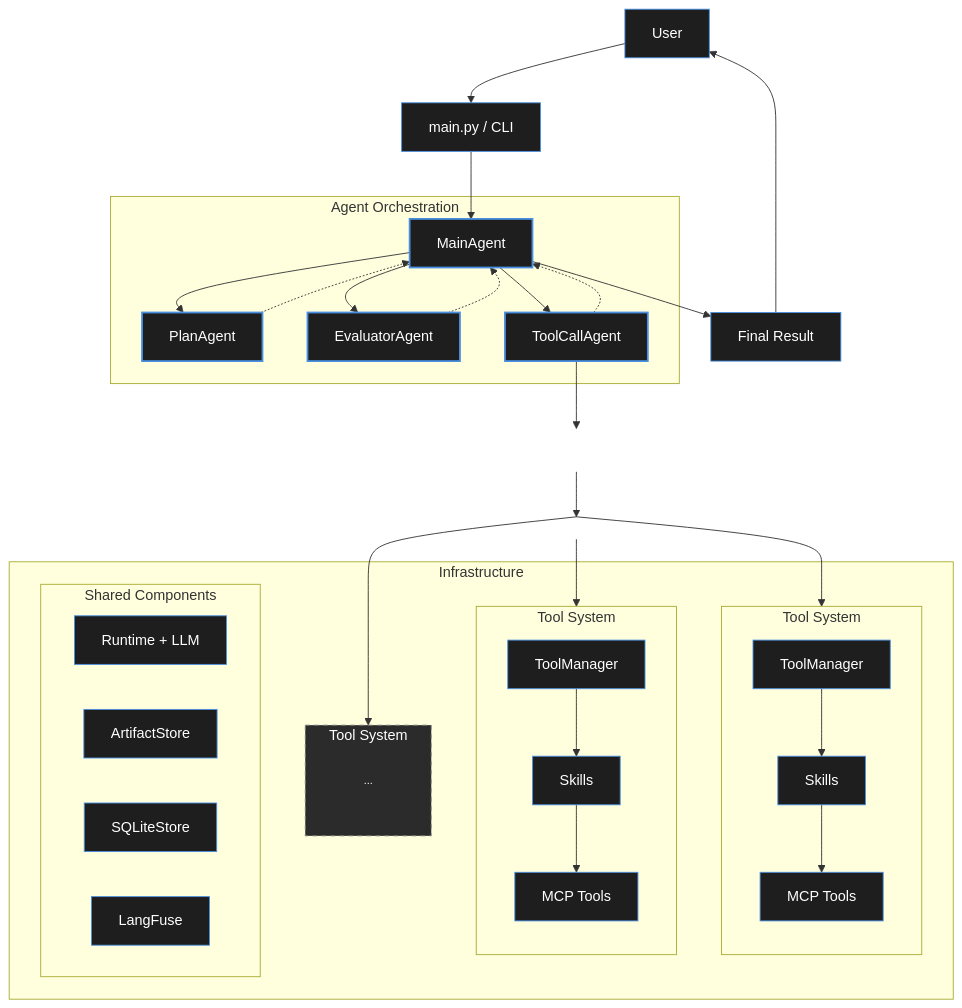
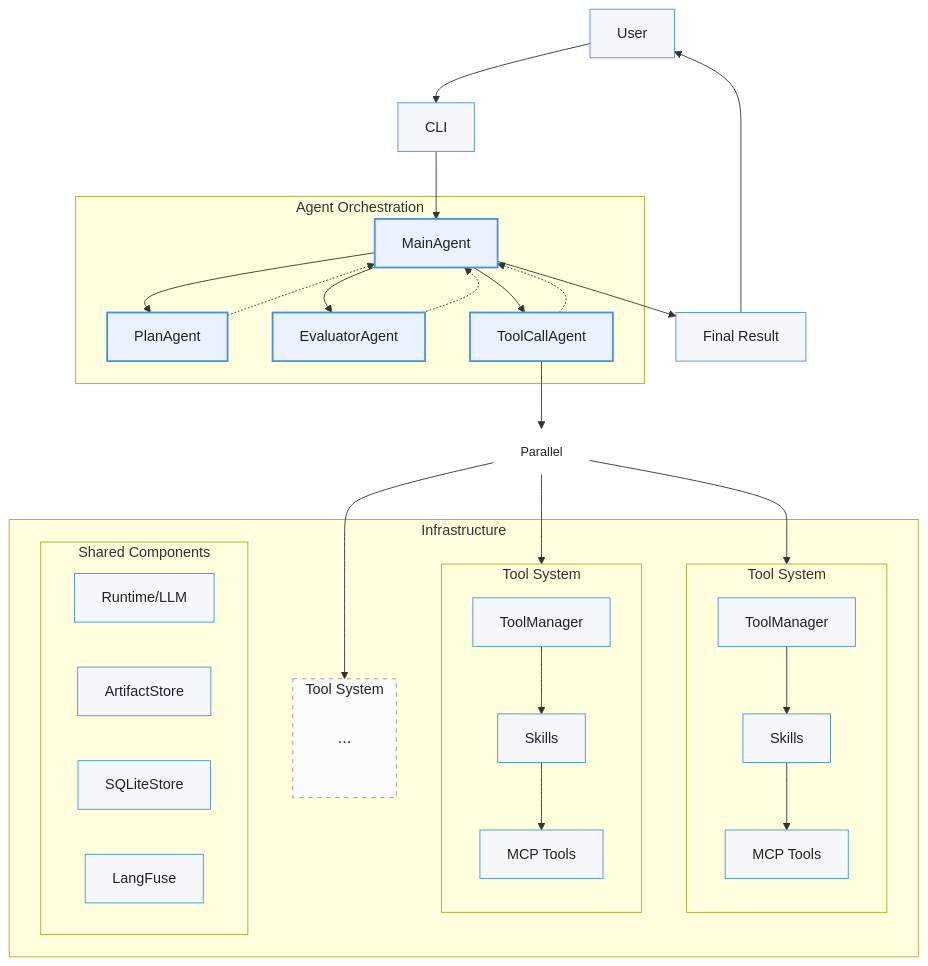
The diagram in README.md (WY-74/Walnut), drawn with Mermaid before and after one commit.

````diff
--- a/README.md
+++ b/README.md
@@ -26,77 +26,79 @@
 ```mermaid
 flowchart TD
-classDef node fill:#1e1e1e,stroke:#4a90e2,stroke-width:1px,color:#fff
-classDef agent fill:#1e1e1e,stroke:#4a90e2,stroke-width:2px,color:#fff
-classDef invisible display:none
-classDef dashedContainer fill:#2b2b2b,stroke:#888,stroke-width:1px,stroke-dasharray:5 5,color:#fff
-classDef plainText fill:none,stroke:none,color:#fff,font-size:12px
+%% 定义样式（浅色背景）
+classDef node fill:#f5f7fa,stroke:#4a90e2,stroke-width:1px,color:#1f2328;
+classDef agent fill:#eaf2fd,stroke:#4a90e2,stroke-width:2px,color:#1f2328;
+classDef dashedContainer fill:#fafafa,stroke:#999,stroke-width:1px,stroke-dasharray: 5 5,color:#1f2328;
+classDef plainText fill:none,stroke:none,color:#1f2328,font-size:14px;
+classDef dots fill:none,stroke:none,color:#1f2328,font-size:18px;
 
+%% 用户层
 User[User]:::node
-CLI["main.py / CLI"]:::node
-MainAgent[MainAgent]:::agent
-FinalResult["Final Result"]:::node
 
-User --> CLI
-CLI --> MainAgent
-MainAgent --> FinalResult
+%% 主流程
+User --> CLI[CLI]:::node
+CLI --> MainAgent[MainAgent]:::agent
+MainAgent --> FinalResult[Final Result]:::node
 FinalResult --> User
 
-subgraph AgentOrchestration["Agent Orchestration"]
+%% Agent 编排层
+subgraph AgentOrchestration [Agent Orchestration]
+    MainAgent
     PlanAgent[PlanAgent]:::agent
     EvaluatorAgent[EvaluatorAgent]:::agent
     ToolCallAgent[ToolCallAgent]:::agent
 
     MainAgent --> PlanAgent
     MainAgent --> EvaluatorAgent
     MainAgent --> ToolCallAgent
     PlanAgent -.-> MainAgent
     EvaluatorAgent -.-> MainAgent
     ToolCallAgent -.-> MainAgent
 end
 
-subgraph Infrastructure["Infrastructure"]
-    subgraph ToolSystem1["Tool System"]
+%% 基础设施层
+subgraph Infrastructure [Infrastructure]
+    subgraph ToolSystem1 [Tool System]
         direction TB
         ToolManager1[ToolManager]:::node
         Skills1[Skills]:::node
-        MCPTools1["MCP Tools"]:::node
+        MCPTools1[MCP Tools]:::node
 
         ToolManager1 --> Skills1
         Skills1 --> MCPTools1
     end
 
-    subgraph ToolSystem2["Tool System"]
+    subgraph ToolSystem2 [Tool System]
         direction TB
         ToolManager2[ToolManager]:::node
         Skills2[Skills]:::node
-        MCPTools2["MCP Tools"]:::node
+        MCPTools2[MCP Tools]:::node
 
         ToolManager2 --> Skills2
         Skills2 --> MCPTools2
     end
 
-    subgraph ToolSystemN["Tool System"]
+    subgraph ToolSystemN [Tool System]
         direction TB
-        MoreTools["..."]:::plainText
+        MoreTools("..."):::dots
     end
 
-    subgraph SharedComponents["Shared Components"]
+    subgraph SharedComponents [Shared Components]
         direction LR
-        Runtime["Runtime + LLM"]:::node
+        Runtime[Runtime/LLM]:::node
         ArtifactStore[ArtifactStore]:::node
         SQLiteStore[SQLiteStore]:::node
         LangFuse[LangFuse]:::node
     end
 end
 
+%% 分叉前增加 Parallel 文字节点
 ParallelLabel["Parallel"]:::plainText
-SplitNode[" "]:::invisible
 
 ToolCallAgent --> ParallelLabel
-ParallelLabel --> SplitNode
-SplitNode --> ToolSystem1
-SplitNode --> ToolSystem2
-SplitNode --> ToolSystemN
+ParallelLabel --> ToolSystem1
+ParallelLabel --> ToolSystem2
+ParallelLabel --> ToolSystemN
 
-class ToolSystemN dashedContainer
+class ToolSystemN dashedContainer;
 ```
````
